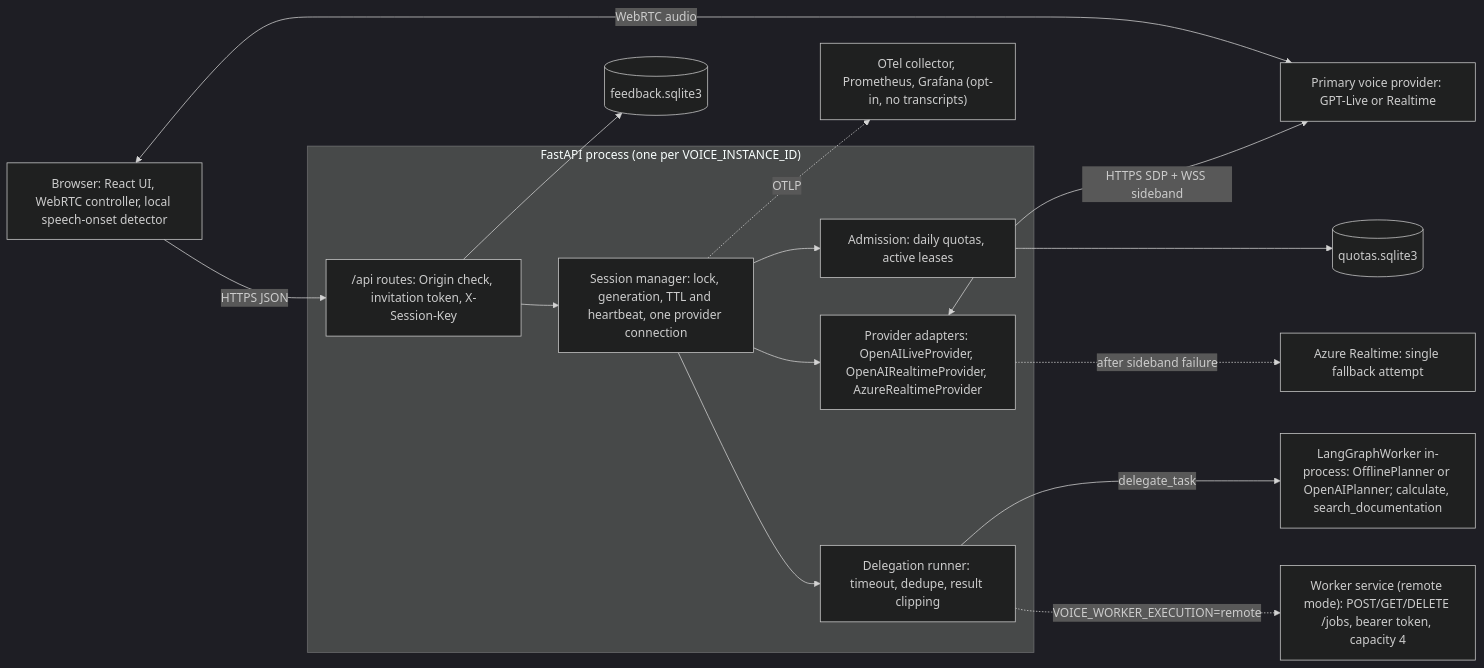
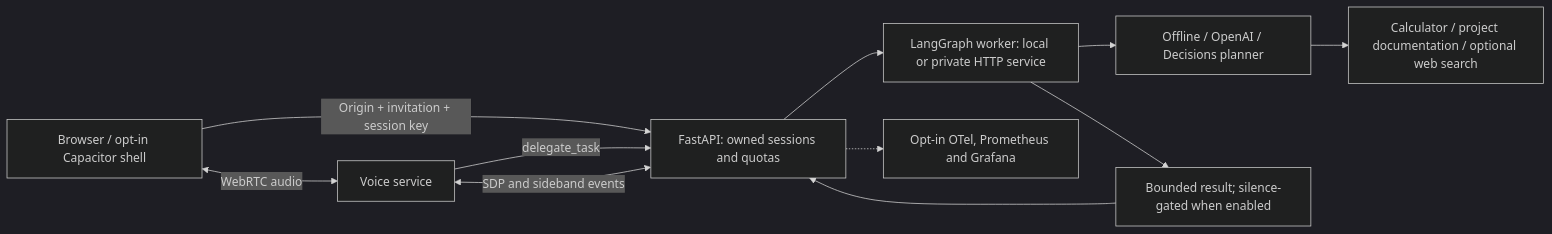
One commit to savbiz/voice-delegate changed the diagram in README.md. Above: the diagram before and after it, drawn with Mermaid (dark theme). The commit also changed other lines of this file and 21 other files, not shown here.

First line of the commit message:
Add local dev commands and migrate worker defaults to GPT-6 Luna (#23)

````diff
--- a/README.md
+++ b/README.md
@@ -27,29 +159,13 @@
 ```mermaid
 flowchart LR
-    B["Browser: React UI, WebRTC controller, local speech-onset detector"]
-    subgraph API["FastAPI process (one per VOICE_INSTANCE_ID)"]
-        R["/api routes: Origin check, invitation token, X-Session-Key"]
-        SM["Session manager: lock, generation, TTL and heartbeat, one provider connection"]
-        AD["Admission: daily quotas, active leases"]
-        PA["Provider adapters: OpenAILiveProvider, OpenAIRealtimeProvider, AzureRealtimeProvider"]
-        DR["Delegation runner: timeout, dedupe, result clipping"]
-    end
-    LW["LangGraphWorker in-process: OfflinePlanner or OpenAIPlanner; calculate, search_documentation"]
-    RW["Worker service (remote mode): POST/GET/DELETE /jobs, bearer token, capacity 4"]
-    Q[("quotas.sqlite3")]
-    F[("feedback.sqlite3")]
-    V["Primary voice provider: GPT-Live or Realtime"]
-    AZ["Azure Realtime: single fallback attempt"]
-    O["OTel collector, Prometheus, Grafana (opt-in, no transcripts)"]
-    B <-->|WebRTC audio| V
-    B -->|HTTPS JSON| R
-    R --> SM
-    R --> F
-    SM --> AD --> Q
-    SM --> PA
-    PA <-->|HTTPS SDP + WSS sideband| V
-    PA -.->|after sideband failure| AZ
-    SM --> DR -->|delegate_task| LW
-    DR -.->|VOICE_WORKER_EXECUTION=remote| RW
-    SM -.->|OTLP| O
+    B["Browser / opt-in Capacitor shell"] <-->|WebRTC audio| V["Voice service"]
+    B -->|Origin + invitation + session key| A["FastAPI: owned sessions and quotas"]
+    A <-->|SDP and sideband events| V
+    V -->|delegate_task| A
+    A --> W["LangGraph worker: local or private HTTP service"]
+    W --> P["Offline / OpenAI / Decisions planner"]
+    P --> T["Calculator / project documentation / optional web search"]
+    W --> D["Bounded result; silence-gated when enabled"]
+    D --> A
+    A -.-> O["Opt-in OTel, Prometheus and Grafana"]
 ```
````
